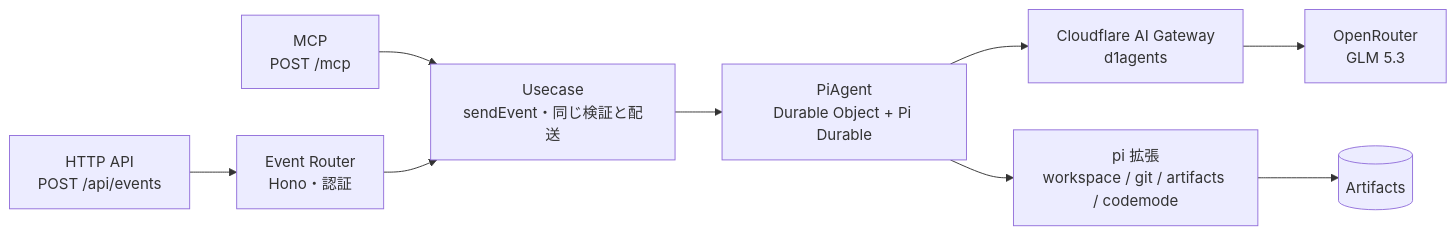
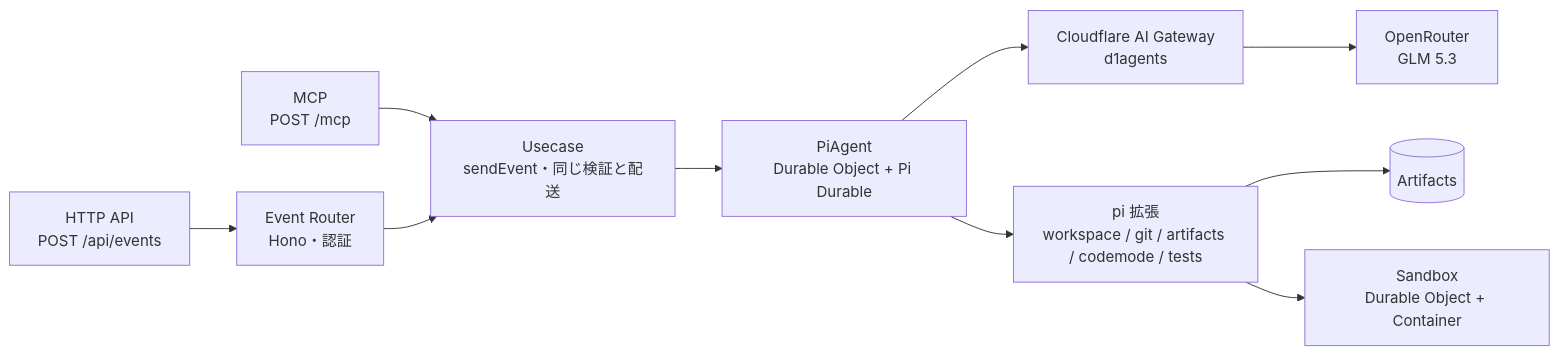
Before and after one commit to YuSa0-6/PiDurableAgents: the diagram in README.md, drawn with Mermaid. The commit also changed other lines of this file and 12 other files, not shown here.

First line of the commit message:
Let the agent run a repository's tests in a Linux container

````diff
--- a/README.md
+++ b/README.md
@@ -19,11 +19,12 @@
 ```mermaid
 flowchart LR
   A[HTTP API<br>POST /api/events] --> R[Event Router<br>Hono・認証]
   M[MCP<br>POST /mcp] --> S[Usecase<br>sendEvent・同じ検証と配送]
   R --> S
   S --> P[PiAgent<br>Durable Object + Pi Durable]
   P --> GW[Cloudflare AI Gateway<br>d1agents]
   GW --> OR[OpenRouter<br>GLM 5.3]
-  P --> T[pi 拡張<br>workspace / git / artifacts / codemode]
+  P --> T[pi 拡張<br>workspace / git / artifacts / codemode / tests]
   T --> AR[(Artifacts)]
+  T --> SB[Sandbox<br>Durable Object + Container]
 ```
````
